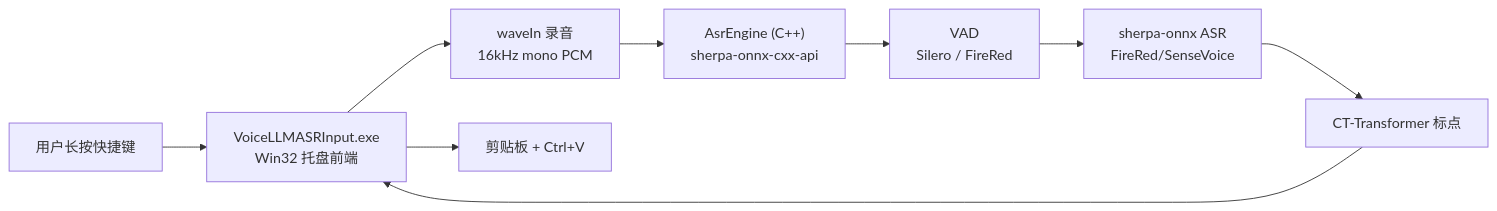
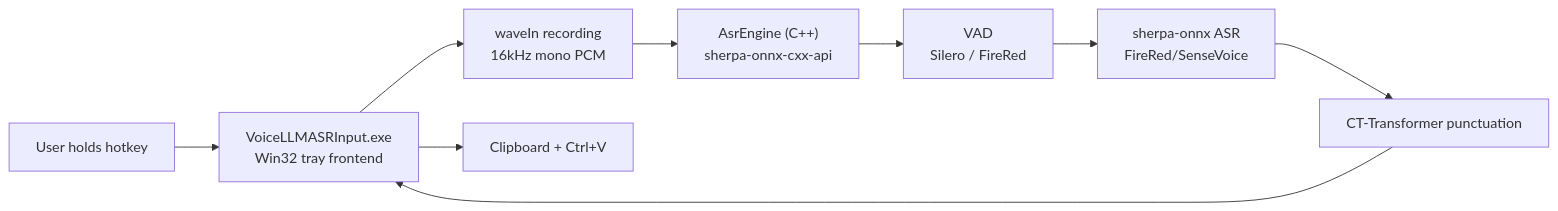
Before and after one commit to melody0709/Voice_LLM_ASR_Input: the first of 2 diagrams in ARCHITECTURE.md, drawn with Mermaid. The commit also changed other lines of this file and 5 other files, not shown here.

````diff
--- a/ARCHITECTURE.md
+++ b/ARCHITECTURE.md
@@ -7,11 +9,11 @@
 ```mermaid
 flowchart LR
-    User["用户长按快捷键"] --> Frontend["VoiceLLMASRInput.exe<br/>Win32 托盘前端"]
-    Frontend --> Recorder["waveIn 录音<br/>16kHz mono PCM"]
+    User["User holds hotkey"] --> Frontend["VoiceLLMASRInput.exe<br/>Win32 tray frontend"]
+    Frontend --> Recorder["waveIn recording<br/>16kHz mono PCM"]
     Recorder --> Engine["AsrEngine (C++)<br/>sherpa-onnx-cxx-api"]
     Engine --> VAD["VAD<br/>Silero / FireRed"]
     VAD --> ASR["sherpa-onnx ASR<br/>FireRed/SenseVoice"]
-    ASR --> Punct["CT-Transformer 标点"]
+    ASR --> Punct["CT-Transformer punctuation"]
     Punct --> Frontend
-    Frontend --> Inject["剪贴板 + Ctrl+V"]
+    Frontend --> Inject["Clipboard + Ctrl+V"]
 ```
````
